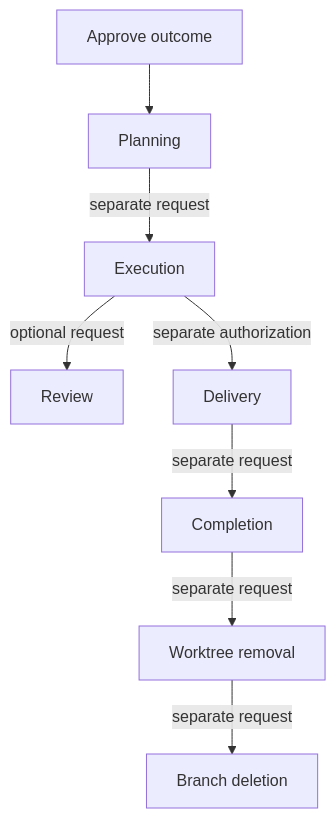
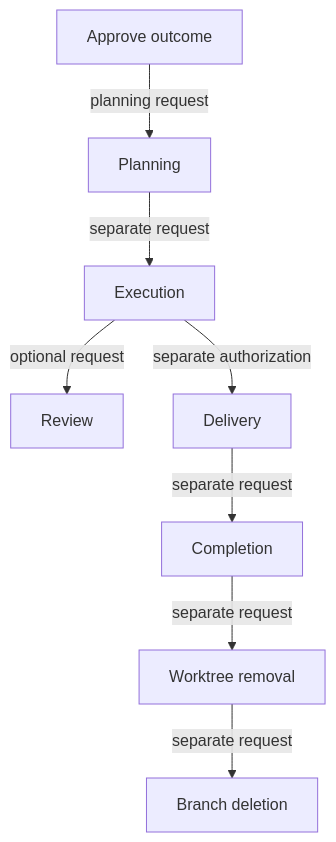
The seventh of 7 diagrams in content/docs/prompts.mdx (kaotypr/context-circuit-website), drawn with Mermaid before and after one commit. The commit also changed other lines of this file and 6 other files, not shown here.

````diff
--- a/content/docs/prompts.mdx
+++ b/content/docs/prompts.mdx
@@ -476,10 +516,10 @@
 ```mermaid
 flowchart TB
-  A[Approve outcome] --> P[Planning]
+  A[Approve outcome] -->|planning request| P[Planning]
   P -->|separate request| E[Execution]
   E -->|optional request| R[Review]
   E -->|separate authorization| D[Delivery]
   D -->|separate request| C[Completion]
   C -->|separate request| W[Worktree removal]
   W -->|separate request| B[Branch deletion]
 ```
````
